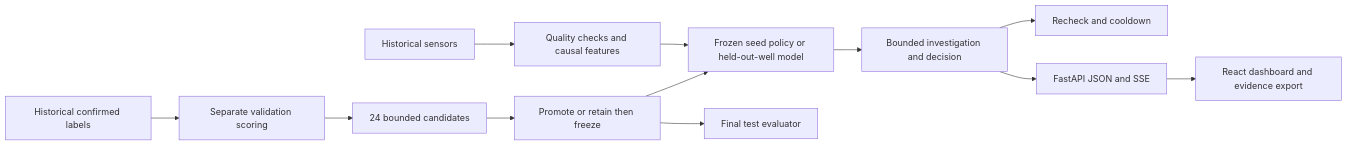
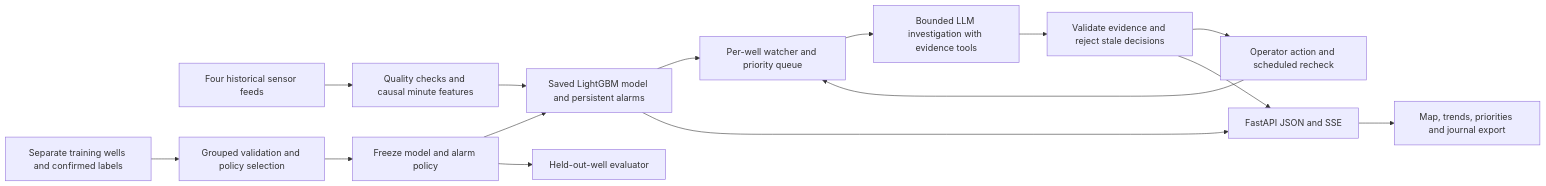
One commit to divakargaba/frostline changed the diagram in README.md. Above: the diagram before and after it, drawn with Mermaid. The commit also changed other lines of this file and 18 other files, not shown here.

First line of the commit message:
Build four-well monitoring with trained models and bounded investigations

````diff
--- a/README.md
+++ b/README.md
@@ -106,14 +153,17 @@
 ```mermaid
 flowchart LR
-  S[Historical sensors] --> Q[Quality checks and causal features]
-  Q --> P[Frozen seed policy or held-out-well model]
-  P --> D[Bounded investigation and decision]
-  D --> R[Recheck and cooldown]
-  D --> API[FastAPI JSON and SSE]
-  API --> UI[React dashboard and evidence export]
-  H[Historical confirmed labels] --> V[Separate validation scoring]
-  V --> C[24 bounded candidates]
-  C --> F[Promote or retain then freeze]
+  S[Four historical sensor feeds] --> Q[Quality checks and causal minute features]
+  Q --> P[Saved LightGBM model and persistent alarms]
+  P --> W[Per-well watcher and priority queue]
+  W --> A[Bounded LLM investigation with evidence tools]
+  A --> V[Validate evidence and reject stale decisions]
+  V --> R[Operator action and scheduled recheck]
+  R --> W
+  P --> API[FastAPI JSON and SSE]
+  V --> API
+  API --> UI[Map, trends, priorities and journal export]
+  H[Separate training wells and confirmed labels] --> C[Grouped validation and policy selection]
+  C --> F[Freeze model and alarm policy]
   F --> P
-  F --> T[Final test evaluator]
+  F --> T[Held-out-well evaluator]
 ```
````
